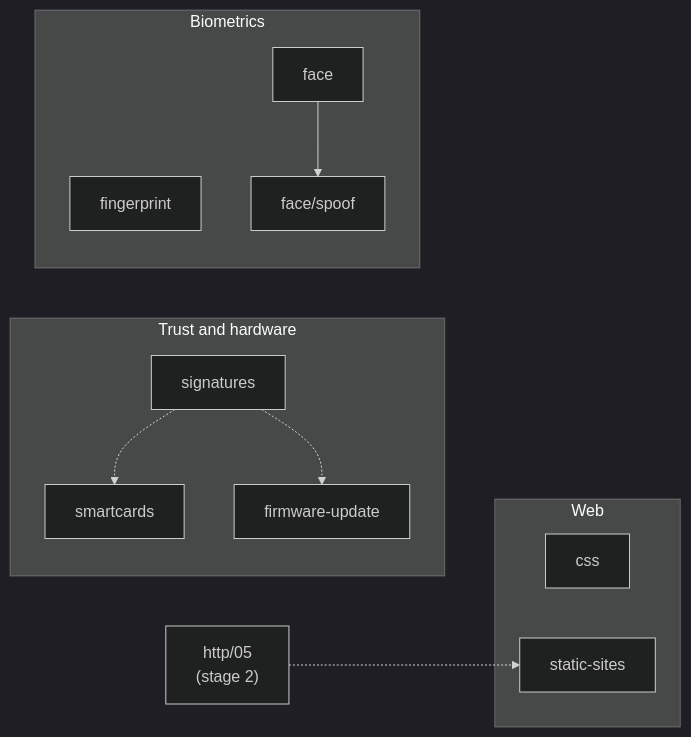
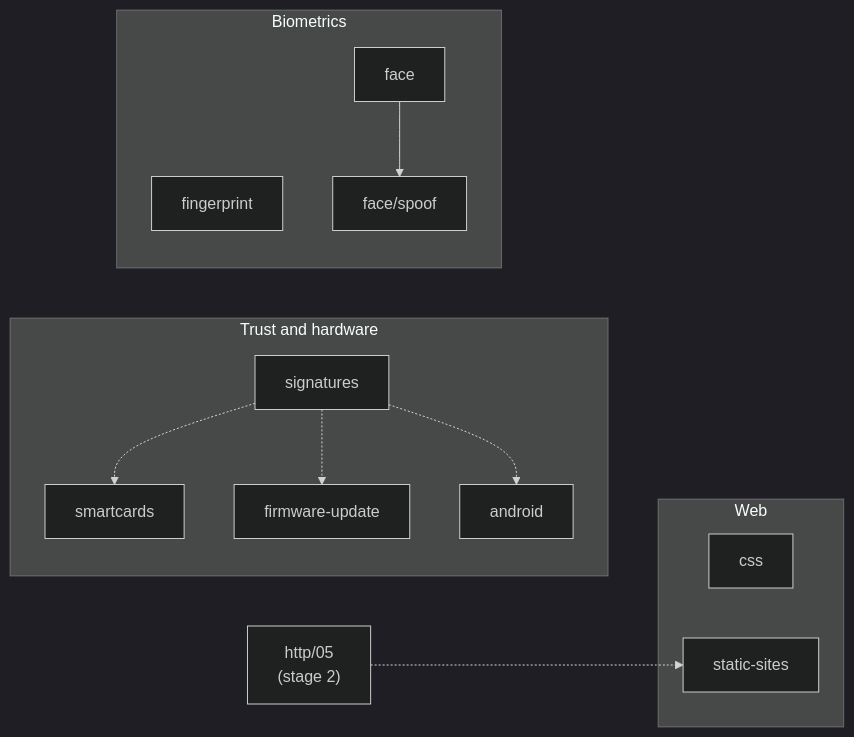
One commit to Beasr1/til changed the second of 3 diagrams in README.md. Above: the diagram before and after it, drawn with Mermaid (dark theme). The commit also changed other lines of this file, not shown here.

Commit message:
docs:roadmap adds android, rust, peer-to-peer and realtime-audio

````diff
--- a/README.md
+++ b/README.md
@@ -88,19 +92,20 @@
 ```mermaid
 flowchart LR
     subgraph W["Web"]
         css[css]
         ss[static-sites]
     end
 
     subgraph T["Trust and hardware"]
         sig[signatures] -.-> sc[smartcards]
         sig -.-> fw[firmware-update]
+        sig -.-> andr[android]
     end
 
     subgraph B["Biometrics"]
         fp[fingerprint]
         face[face] --> spoof[face/spoof]
     end
 
     http05["http/05<br/>(stage 2)"] -.-> ss
 ```
````
